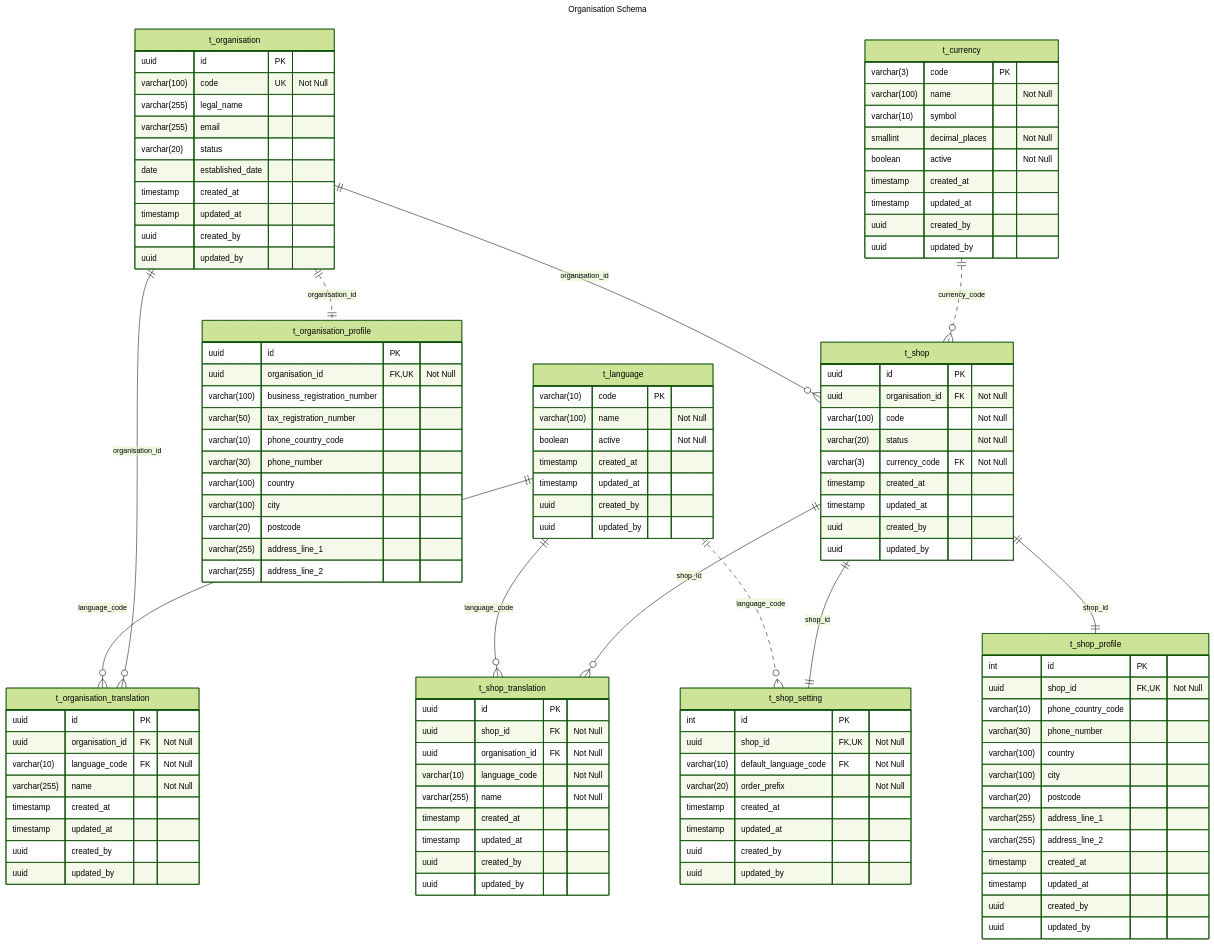
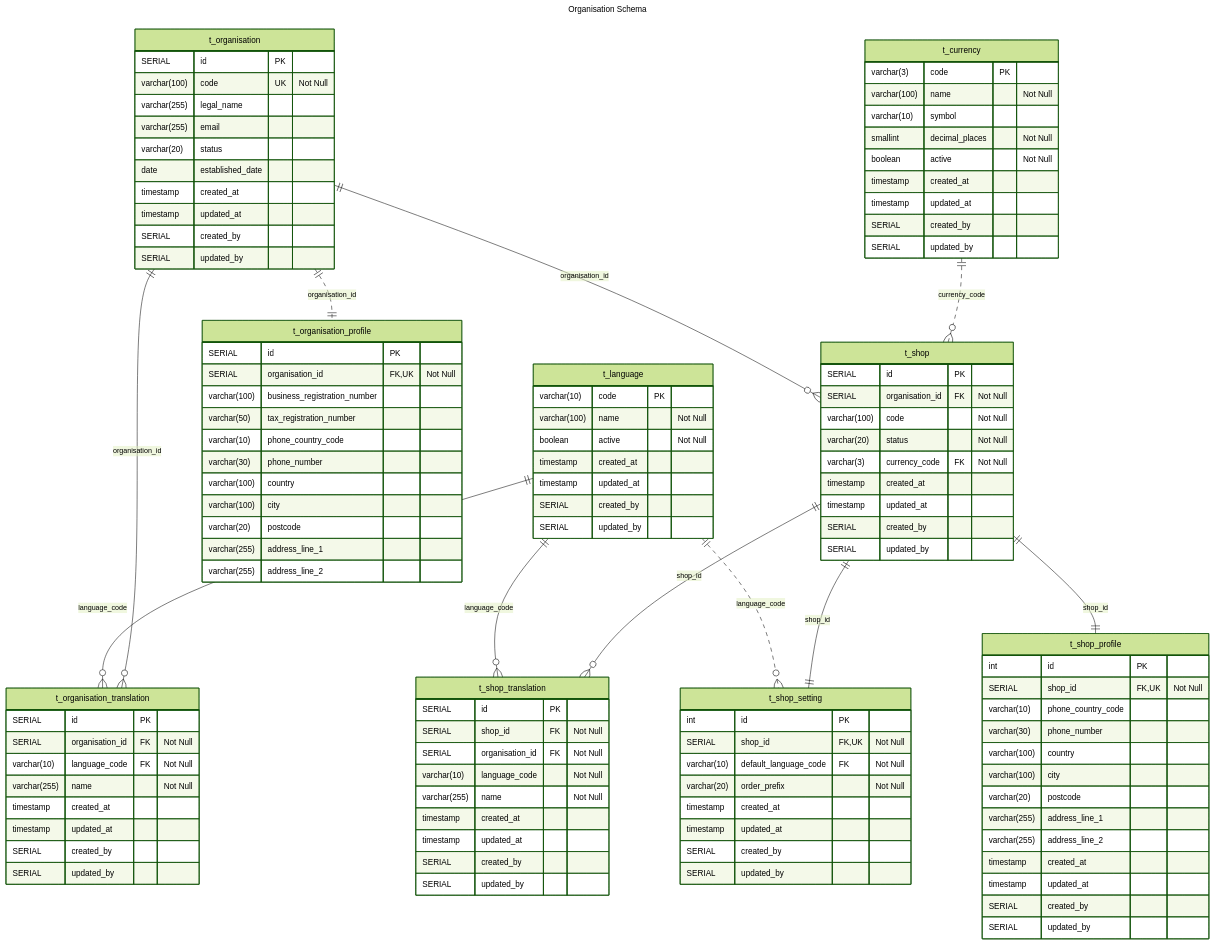
The diagram in database/modules/organisation-erd.md (va4815/stockflow-docs), drawn with Mermaid (forest theme) before and after one commit. The commit also changed 4 other files, not shown here.

Commit message:
change the primary from uuid to serial

```diff
--- a/database/modules/organisation-erd.md
+++ b/database/modules/organisation-erd.md
@@ -56,7 +56,7 @@
 erDiagram
 
     t_organisation {
-        uuid id PK
+        SERIAL id PK
 
         varchar(100) code UK "Not Null"        
         varchar(255) legal_name
@@ -67,28 +67,28 @@
 
         timestamp created_at
         timestamp updated_at
-        uuid created_by
-        uuid updated_by
+        SERIAL created_by
+        SERIAL updated_by
     }
 
     t_organisation_translation {
-        uuid id PK
-        uuid organisation_id FK "Not Null"
+        SERIAL id PK
+        SERIAL organisation_id FK "Not Null"
         varchar(10) language_code FK "Not Null"
 
         varchar(255) name "Not Null"
 
         timestamp created_at
         timestamp updated_at
-        uuid created_by
-        uuid updated_by        
+        SERIAL created_by
+        SERIAL updated_by        
     }
     t_organisation ||--o{ t_organisation_translation : organisation_id
     t_language ||--o{ t_organisation_translation : language_code
 
     t_organisation_profile {
-        uuid id PK
-        uuid organisation_id FK, UK "Not Null"
+        SERIAL id PK
+        SERIAL organisation_id FK, UK "Not Null"
 
         varchar(100) business_registration_number
         varchar(50) tax_registration_number
@@ -115,8 +115,8 @@
 
         timestamp created_at
         timestamp updated_at
-        uuid created_by
-        uuid updated_by
+        SERIAL created_by
+        SERIAL updated_by
     }
     t_currency ||..o{ t_shop : currency_code
 
@@ -128,13 +128,13 @@
 
         timestamp created_at
         timestamp updated_at
-        uuid created_by
-        uuid updated_by
+        SERIAL created_by
+        SERIAL updated_by
     }
 
     t_shop {
-        uuid id PK
-        uuid organisation_id FK "Not Null"
+        SERIAL id PK
+        SERIAL organisation_id FK "Not Null"
 
         varchar(100) code "Not Null"
         varchar(20) status "Not Null"
@@ -143,16 +143,16 @@
 
         timestamp created_at
         timestamp updated_at
-        uuid created_by
-        uuid updated_by
+        SERIAL created_by
+        SERIAL updated_by
     }
     t_organisation ||--o{ t_shop : organisation_id
 
     t_shop_translation {
-        uuid id PK
-        uuid shop_id FK "Not Null"
+        SERIAL id PK
+        SERIAL shop_id FK "Not Null"
 
-        uuid organisation_id FK "Not Null"
+        SERIAL organisation_id FK "Not Null"
 
         varchar(10) language_code "Not Null"
 
@@ -160,15 +160,15 @@
 
         timestamp created_at
         timestamp updated_at
-        uuid created_by
-        uuid updated_by
+        SERIAL created_by
+        SERIAL updated_by
     }
     t_shop ||--o{ t_shop_translation : shop_id
     t_language ||--o{ t_shop_translation : language_code
 
     t_shop_profile {
         int id PK
-        uuid shop_id FK, UK "Not Null"
+        SERIAL shop_id FK, UK "Not Null"
 
         varchar(10) phone_country_code
         varchar(30) phone_number
@@ -182,22 +182,22 @@
 
         timestamp created_at
         timestamp updated_at
-        uuid created_by
-        uuid updated_by
+        SERIAL created_by
+        SERIAL updated_by
     }
     t_shop ||--|| t_shop_profile : shop_id
 
     t_shop_setting {
         int id PK
-        uuid shop_id FK, UK "Not Null"
+        SERIAL shop_id FK, UK "Not Null"
 
         varchar(10) default_language_code FK "Not Null"
         varchar(20) order_prefix "Not Null"
 
         timestamp created_at
         timestamp updated_at
-        uuid created_by
-        uuid updated_by
+        SERIAL created_by
+        SERIAL updated_by
     }
     t_shop ||--|| t_shop_setting : shop_id
     t_language ||..o{ t_shop_setting : language_code
```
